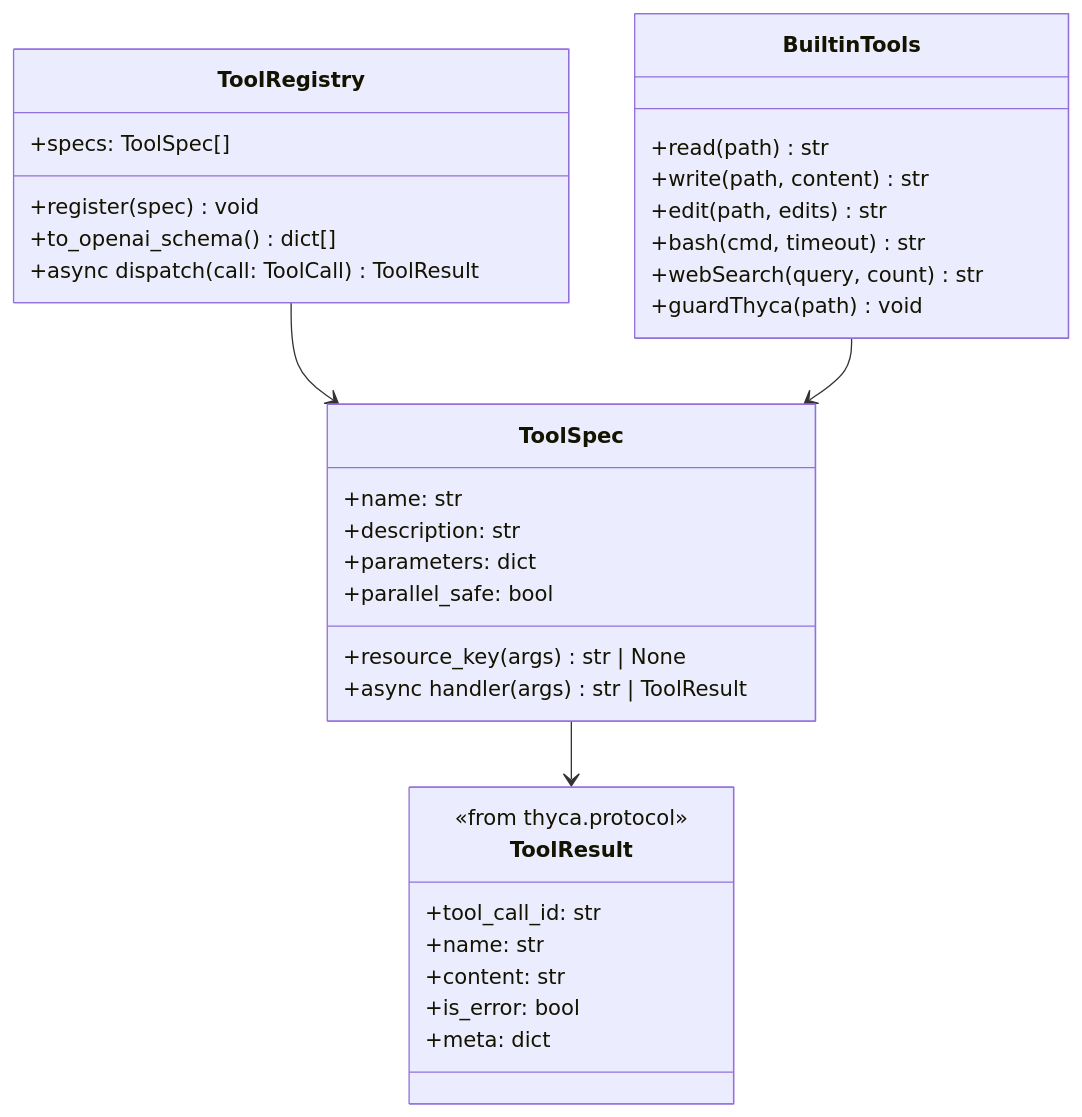
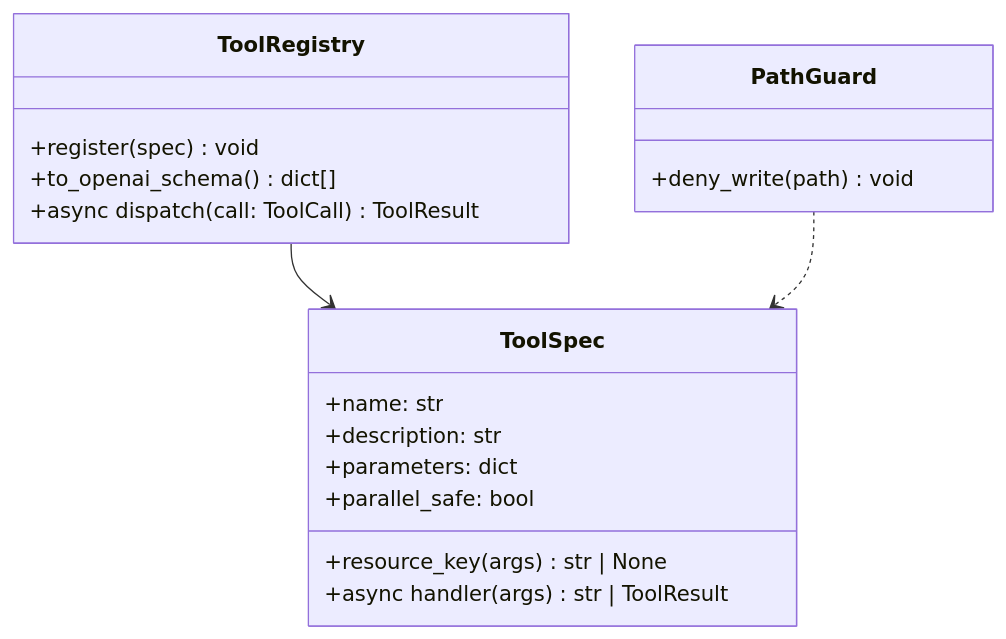
The diagram in .agents/plans/services/tools.md (Flowerf19/thyca-ai), drawn with Mermaid before and after one commit. The commit also changed other lines of this file and 24 other files, not shown here.

````diff
--- a/.agents/plans/services/tools.md
+++ b/.agents/plans/services/tools.md
@@ -17,36 +34,21 @@
 ```mermaid
 classDiagram
     class ToolRegistry {
-        +specs: ToolSpec[]
         +register(spec) void
         +to_openai_schema() dict[]
         +async dispatch(call: ToolCall) ToolResult
     }
     class ToolSpec {
         +name: str
         +description: str
         +parameters: dict
         +parallel_safe: bool
         +resource_key(args) str | None
         +async handler(args) str | ToolResult
     }
-    class ToolResult {
-        <<from thyca.protocol>>
-        +tool_call_id: str
-        +name: str
-        +content: str
-        +is_error: bool
-        +meta: dict
-    }
-    class BuiltinTools {
-        +read(path) str
-        +write(path, content) str
-        +edit(path, edits) str
-        +bash(cmd, timeout) str
-        +webSearch(query, count) str
-        +guardThyca(path) void
+    class PathGuard {
+        +deny_write(path) void
     }
     ToolRegistry --> ToolSpec
-    ToolSpec --> ToolResult
-    BuiltinTools --> ToolSpec
+    PathGuard ..> ToolSpec
 ```
````
